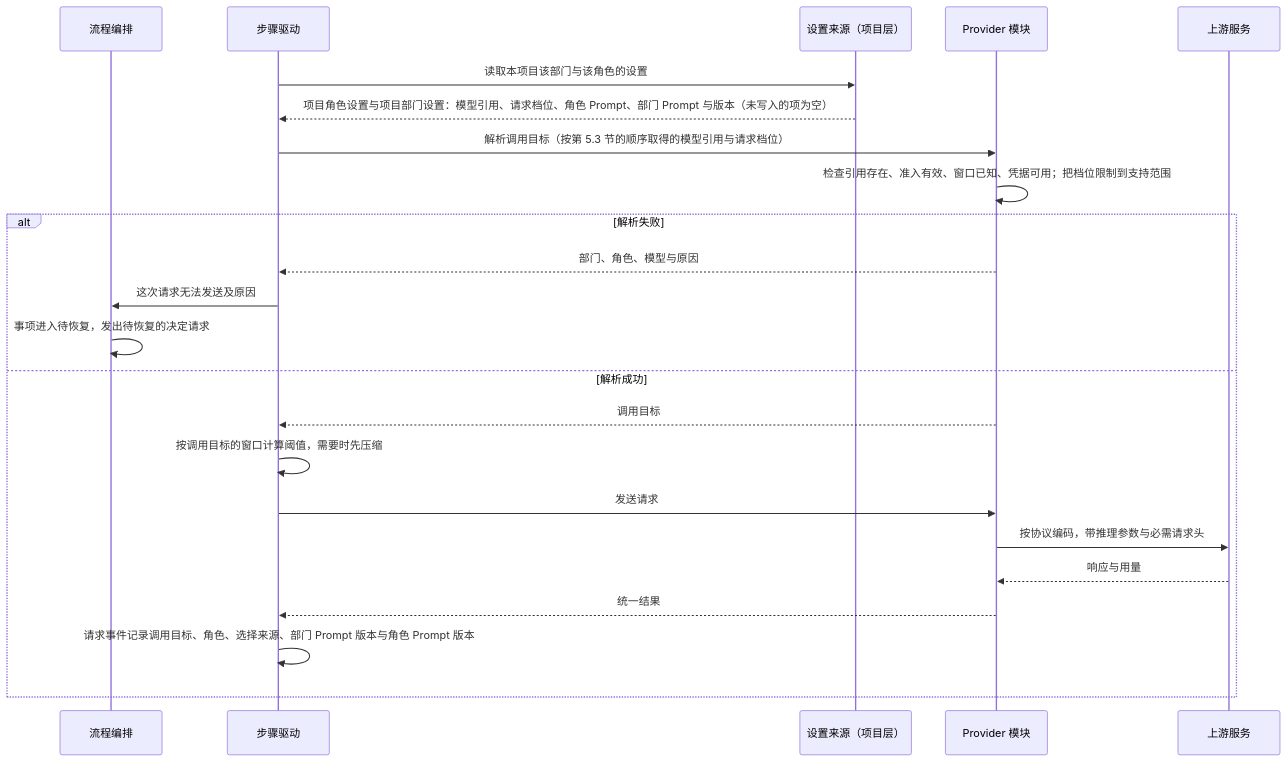
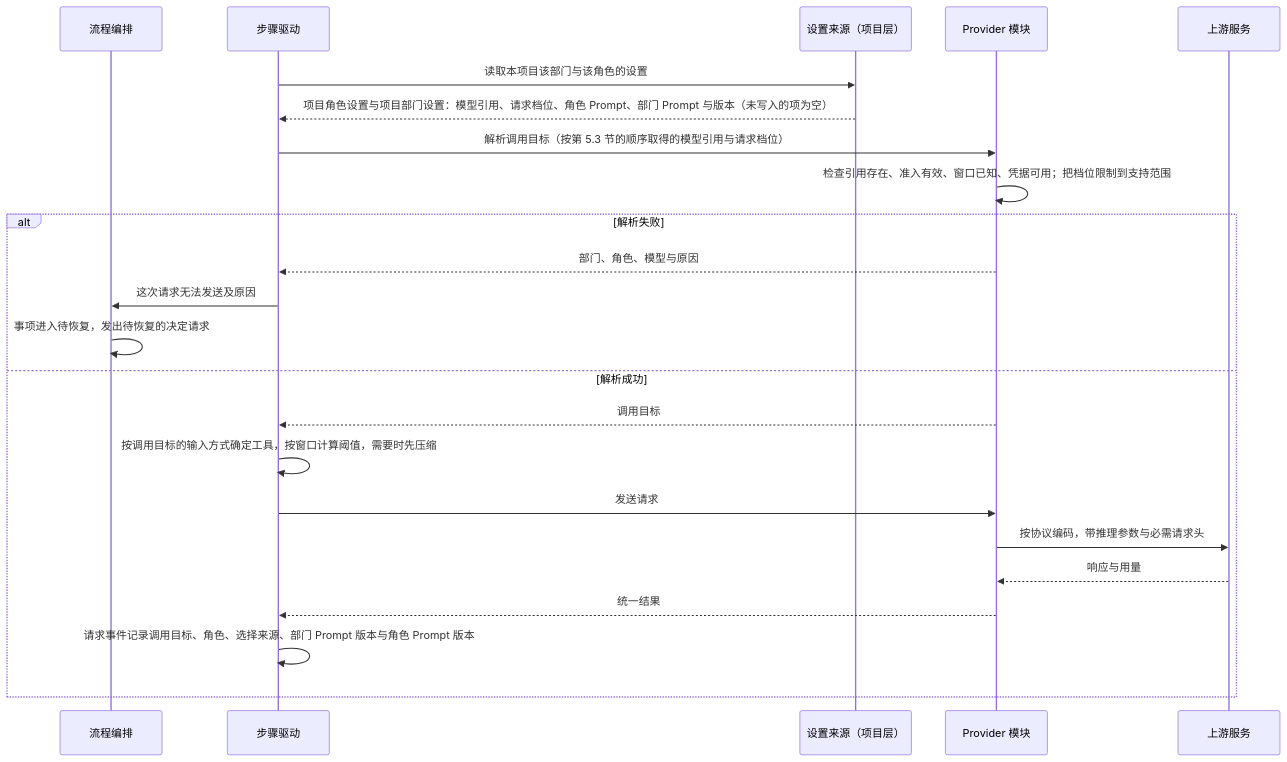
One commit to bender2333/yudao changed the fourth of 4 diagrams in docs/design/model-management.md. Above: the diagram before and after it, drawn with Mermaid. The commit also changed other lines of this file and 19 other files, not shown here.

````diff
--- a/docs/design/model-management.md
+++ b/docs/design/model-management.md
@@ -235,25 +262,25 @@
 ```mermaid
 sequenceDiagram
   participant O as 流程编排
   participant S as 步骤驱动
   participant Src as 设置来源（项目层）
   participant PM as Provider 模块
   participant Up as 上游服务
   S->>Src: 读取本项目该部门与该角色的设置
   Src-->>S: 项目角色设置与项目部门设置：模型引用、请求档位、角色 Prompt、部门 Prompt 与版本（未写入的项为空）
   S->>PM: 解析调用目标（按第 5.3 节的顺序取得的模型引用与请求档位）
   PM->>PM: 检查引用存在、准入有效、窗口已知、凭据可用；把档位限制到支持范围
   alt 解析失败
     PM-->>S: 部门、角色、模型与原因
     S->>O: 这次请求无法发送及原因
     O->>O: 事项进入待恢复，发出待恢复的决定请求
   else 解析成功
     PM-->>S: 调用目标
-    S->>S: 按调用目标的窗口计算阈值，需要时先压缩
+    S->>S: 按调用目标的输入方式确定工具，按窗口计算阈值，需要时先压缩
     S->>PM: 发送请求
     PM->>Up: 按协议编码，带推理参数与必需请求头
     Up-->>PM: 响应与用量
     PM-->>S: 统一结果
     S->>S: 请求事件记录调用目标、角色、选择来源、部门 Prompt 版本与角色 Prompt 版本
   end
 ```
````
